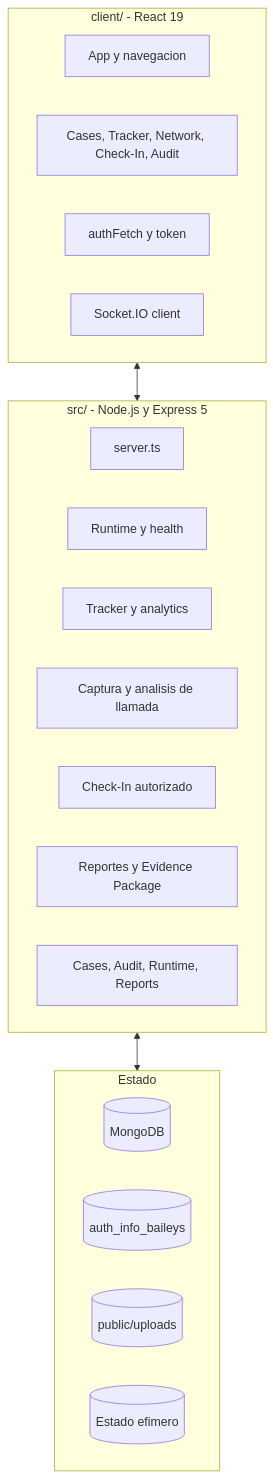
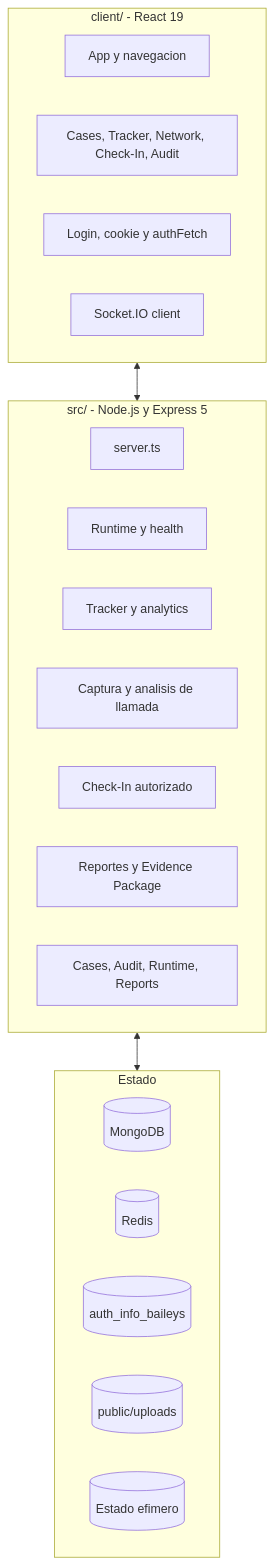
One commit to deco31416/wp-monitor changed the second of 3 diagrams in docs/architecture/README.md. Above: the diagram before and after it, drawn with Mermaid. The commit also changed other lines of this file and 121 other files, not shown here.

````diff
--- a/docs/architecture/README.md
+++ b/docs/architecture/README.md
@@ -63,29 +63,30 @@
 ```mermaid
 flowchart TB
     subgraph Client[client/ - React 19]
       App[App y navegacion]
       Views[Cases, Tracker, Network, Check-In, Audit]
-      Auth[authFetch y token]
+      Auth[Login, cookie y authFetch]
       Socket[Socket.IO client]
     end
 
     subgraph Backend[src/ - Node.js y Express 5]
       Server[server.ts]
       Runtime[Runtime y health]
       Tracker[Tracker y analytics]
       Call[Captura y analisis de llamada]
       CheckIn[Check-In autorizado]
       Reports[Reportes y Evidence Package]
       Routes[Cases, Audit, Runtime, Reports]
     end
 
     subgraph State[Estado]
       Mongo[(MongoDB)]
+      Redis[(Redis)]
       AuthFiles[(auth_info_baileys)]
       Uploads[(public/uploads)]
       Memory[(Estado efimero)]
     end
 
     Client <--> Backend
     Backend <--> State
 ```
````
